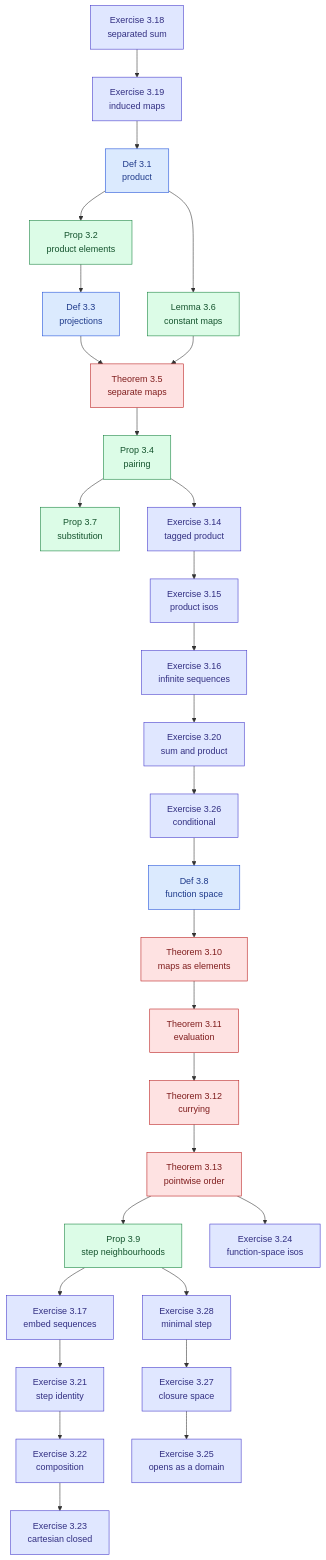
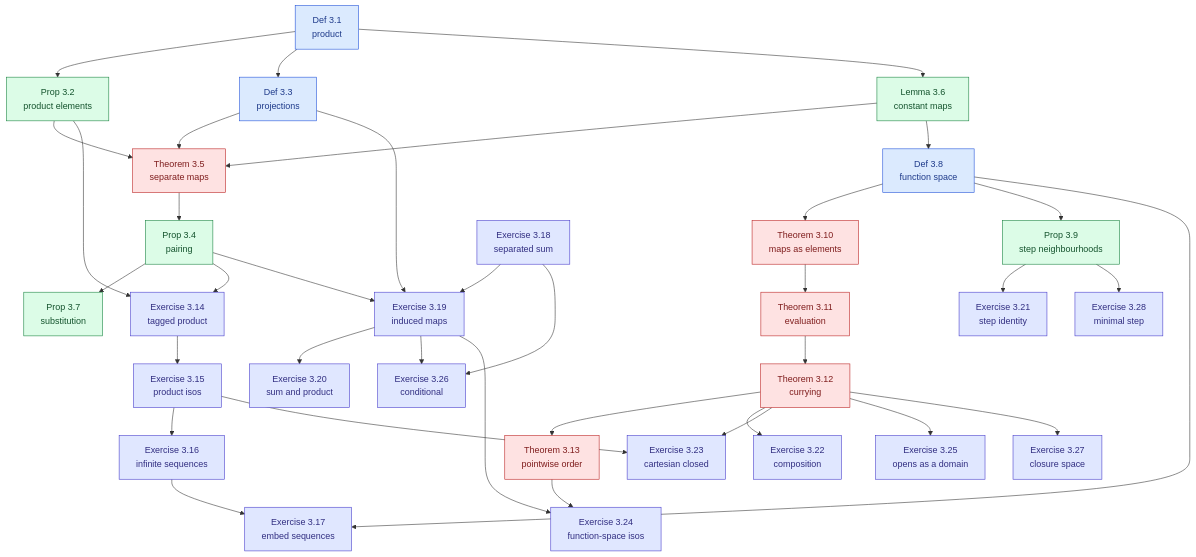
The diagram in DomainTheory/NeighbourhoodSystems/DomainConstructs/1980_Domain_constructs.mermaid (catskillsresearch/DomainTheory), drawn with Mermaid before and after one commit. The commit also changed 35 other files, not shown here.

```diff
--- a/DomainTheory/NeighbourhoodSystems/DomainConstructs/1980_Domain_constructs.mermaid
+++ b/DomainTheory/NeighbourhoodSystems/DomainConstructs/1980_Domain_constructs.mermaid
@@ -1,96 +1,103 @@
 %% Each box is one item. The arrowhead is on the item that imports.
 %% An arrow already implied by a longer path is omitted.
 %% The introduction has no Lean file, so it is not shown.
 %%{init: {"flowchart": {"wrappingWidth": 2000}}}%%
 flowchart TB
 
   Definition_3_1["Def 3.1<br>product"]
   Proposition_3_2["Prop 3.2<br>product elements"]
   Definition_3_3["Def 3.3<br>projections"]
   Proposition_3_4["Prop 3.4<br>pairing"]
   Theorem_3_5["Theorem 3.5<br>separate maps"]
   Lemma_3_6["Lemma 3.6<br>constant maps"]
   Proposition_3_7["Prop 3.7<br>substitution"]
   Definition_3_8["Def 3.8<br>function space"]
   Proposition_3_9["Prop 3.9<br>step neighbourhoods"]
   Theorem_3_10["Theorem 3.10<br>maps as elements"]
   Theorem_3_11["Theorem 3.11<br>evaluation"]
   Theorem_3_12["Theorem 3.12<br>currying"]
   Theorem_3_13["Theorem 3.13<br>pointwise order"]
   Exercise_3_14["Exercise 3.14<br>tagged product"]
   Exercise_3_15["Exercise 3.15<br>product isos"]
   Exercise_3_16["Exercise 3.16<br>infinite sequences"]
   Exercise_3_17["Exercise 3.17<br>embed sequences"]
   Exercise_3_18["Exercise 3.18<br>separated sum"]
   Exercise_3_19["Exercise 3.19<br>induced maps"]
   Exercise_3_20["Exercise 3.20<br>sum and product"]
   Exercise_3_21["Exercise 3.21<br>step identity"]
   Exercise_3_22["Exercise 3.22<br>composition"]
   Exercise_3_23["Exercise 3.23<br>cartesian closed"]
   Exercise_3_24["Exercise 3.24<br>function-space isos"]
   Exercise_3_25["Exercise 3.25<br>opens as a domain"]
   Exercise_3_26["Exercise 3.26<br>conditional"]
   Exercise_3_27["Exercise 3.27<br>closure space"]
   Exercise_3_28["Exercise 3.28<br>minimal step"]
 
-  Exercise_3_18 --> Exercise_3_19
-  Exercise_3_19 --> Definition_3_1
   Definition_3_1 --> Proposition_3_2
+  Definition_3_1 --> Definition_3_3
   Definition_3_1 --> Lemma_3_6
-  Proposition_3_2 --> Definition_3_3
   Definition_3_3 --> Theorem_3_5
+  Proposition_3_2 --> Theorem_3_5
   Lemma_3_6 --> Theorem_3_5
   Theorem_3_5 --> Proposition_3_4
   Proposition_3_4 --> Proposition_3_7
   Proposition_3_4 --> Exercise_3_14
+  Proposition_3_2 --> Exercise_3_14
   Exercise_3_14 --> Exercise_3_15
   Exercise_3_15 --> Exercise_3_16
-  Exercise_3_16 --> Exercise_3_20
-  Exercise_3_20 --> Exercise_3_26
-  Exercise_3_26 --> Definition_3_8
+  Exercise_3_18 --> Exercise_3_19
+  Definition_3_3 --> Exercise_3_19
+  Proposition_3_4 --> Exercise_3_19
+  Exercise_3_19 --> Exercise_3_20
+  Exercise_3_18 --> Exercise_3_26
+  Exercise_3_19 --> Exercise_3_26
+  Lemma_3_6 --> Definition_3_8
   Definition_3_8 --> Theorem_3_10
   Theorem_3_10 --> Theorem_3_11
   Theorem_3_11 --> Theorem_3_12
   Theorem_3_12 --> Theorem_3_13
-  Theorem_3_13 --> Proposition_3_9
+  Definition_3_8 --> Proposition_3_9
+  Proposition_3_9 --> Exercise_3_21
+  Proposition_3_9 --> Exercise_3_28
+  Exercise_3_16 --> Exercise_3_17
+  Definition_3_8 --> Exercise_3_17
+  Theorem_3_12 --> Exercise_3_22
+  Exercise_3_15 --> Exercise_3_23
+  Theorem_3_12 --> Exercise_3_23
   Theorem_3_13 --> Exercise_3_24
-  Proposition_3_9 --> Exercise_3_17
-  Proposition_3_9 --> Exercise_3_28
-  Exercise_3_17 --> Exercise_3_21
-  Exercise_3_21 --> Exercise_3_22
-  Exercise_3_22 --> Exercise_3_23
-  Exercise_3_28 --> Exercise_3_27
-  Exercise_3_27 --> Exercise_3_25
+  Exercise_3_19 --> Exercise_3_24
+  Theorem_3_12 --> Exercise_3_25
+  Theorem_3_12 --> Exercise_3_27
 
   classDef cdef fill:#dbeafe,stroke:#1d4ed8,color:#1e3a8a
   classDef cprop fill:#dcfce7,stroke:#15803d,color:#14532d
   classDef cex fill:#e0e7ff,stroke:#4338ca,color:#312e81
   classDef cthm fill:#fee2e2,stroke:#b91c1c,color:#7f1d1d
   class Definition_3_1 cdef
   class Definition_3_3 cdef
   class Definition_3_8 cdef
   class Proposition_3_2 cprop
   class Proposition_3_4 cprop
   class Proposition_3_7 cprop
   class Proposition_3_9 cprop
   class Lemma_3_6 cprop
   class Theorem_3_5 cthm
   class Theorem_3_10 cthm
   class Theorem_3_11 cthm
   class Theorem_3_12 cthm
   class Theorem_3_13 cthm
   class Exercise_3_14 cex
   class Exercise_3_15 cex
   class Exercise_3_16 cex
   class Exercise_3_17 cex
   class Exercise_3_18 cex
   class Exercise_3_19 cex
   class Exercise_3_20 cex
   class Exercise_3_21 cex
   class Exercise_3_22 cex
   class Exercise_3_23 cex
   class Exercise_3_24 cex
   class Exercise_3_25 cex
   class Exercise_3_26 cex
   class Exercise_3_27 cex
   class Exercise_3_28 cex
```
